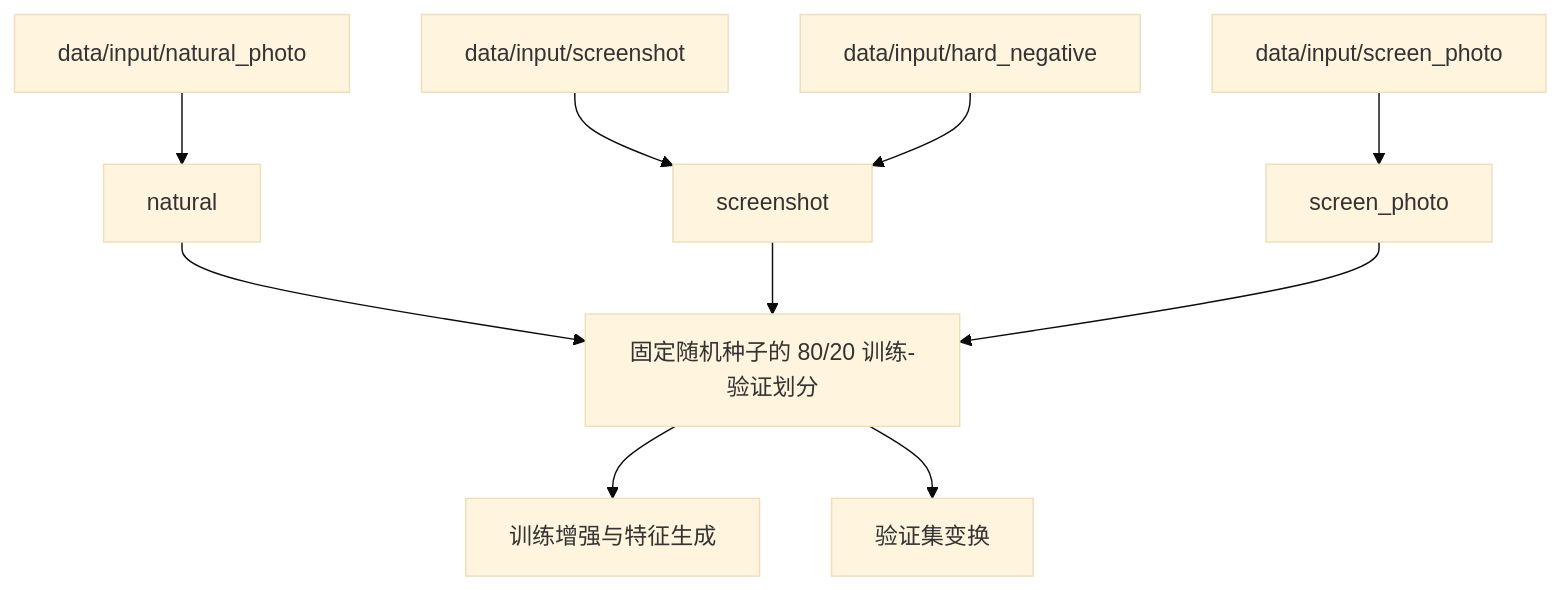
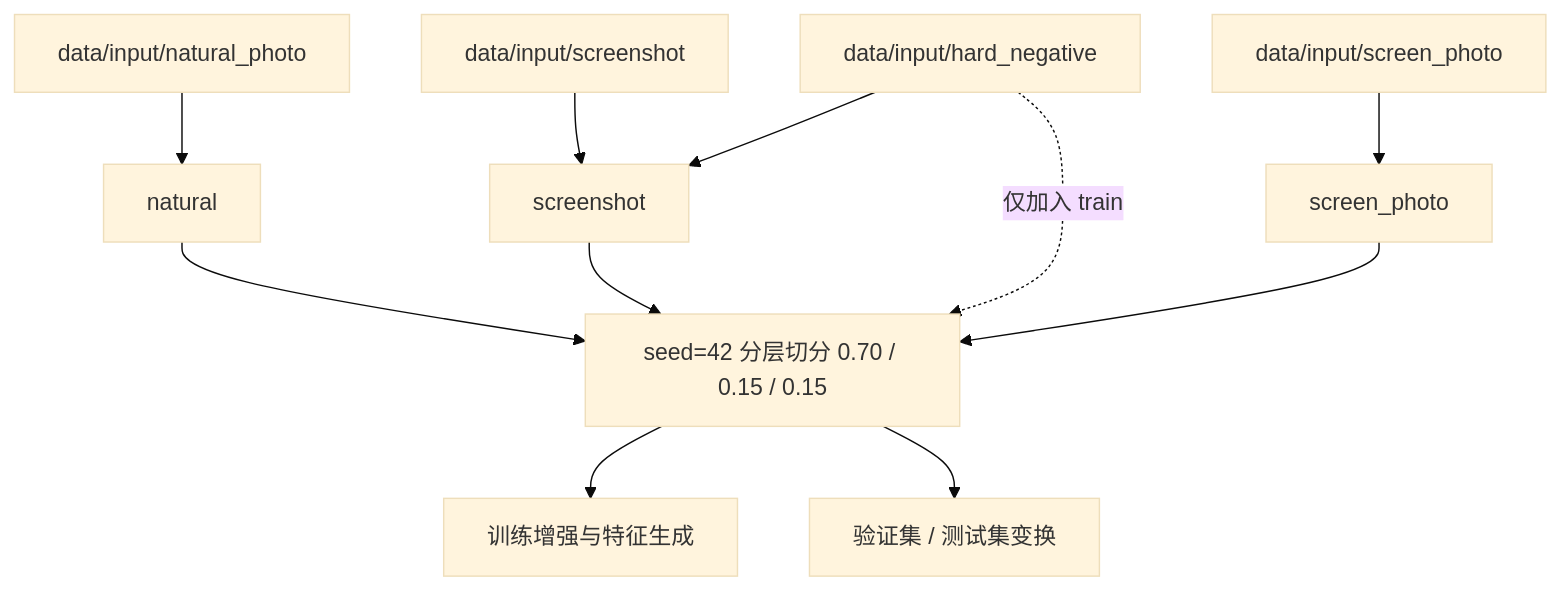
Before and after one commit to zgyj4532/opencv-screen-detector: the sixth of 8 diagrams in README_CN.md, drawn with Mermaid (base theme). The commit also changed other lines of this file and 27 other files, not shown here.

````diff
--- a/README_CN.md
+++ b/README_CN.md
@@ -163,12 +165,13 @@
 ```mermaid
 flowchart TD
     N[data/input/natural_photo] --> Natural[natural]
     S[data/input/screenshot] --> Screenshot[screenshot]
     H[data/input/hard_negative] --> Screenshot
     P[data/input/screen_photo] --> Photo[screen_photo]
-    Natural --> Split[固定随机种子的 80/20 训练-验证划分]
+    Natural --> Split[seed=42 分层切分 0.70 / 0.15 / 0.15]
     Screenshot --> Split
     Photo --> Split
+    H -.-> |仅加入 train| Split
     Split --> Augment[训练增强与特征生成]
-    Split --> Validate[验证集变换]
+    Split --> Validate[验证集 / 测试集变换]
 ```
````
